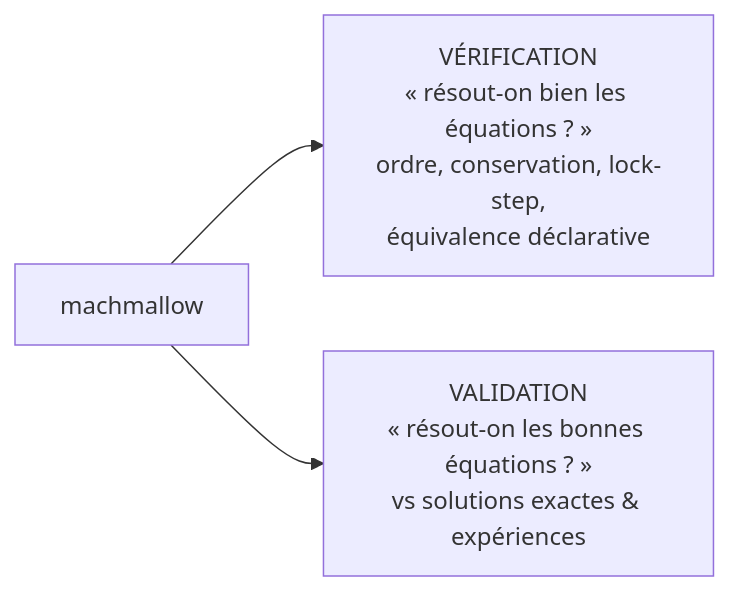
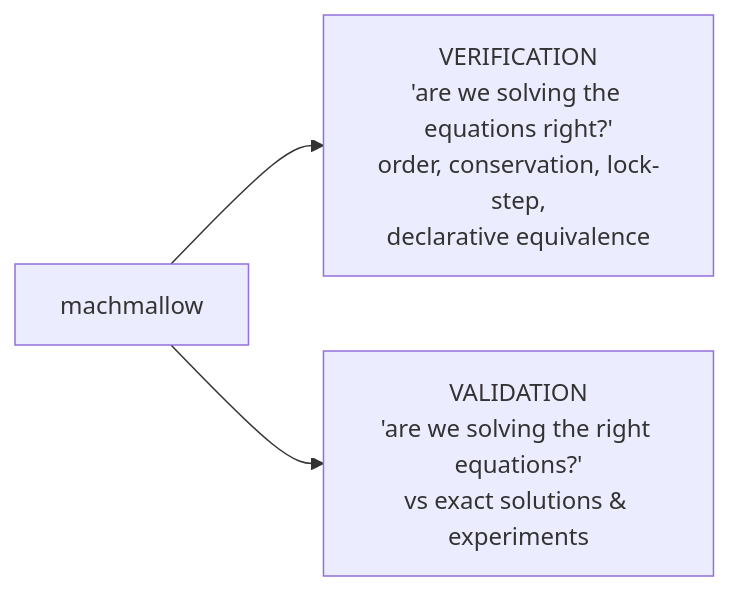
Before and after one commit to fhermet/machmallow: the diagram in docs/VALIDATION.md, drawn with Mermaid. The commit also changed other lines of this file and 1 other file, not shown here.

Commit message:
docs: traduire DEVELOPER et VALIDATION en anglais

````diff
--- a/docs/VALIDATION.md
+++ b/docs/VALIDATION.md
@@ -9,7 +9,7 @@
 ```mermaid
 flowchart LR
-    V1["VÉRIFICATION<br/>« résout-on bien les équations ? »<br/>ordre, conservation, lock-step,<br/>équivalence déclarative"]
-    V2["VALIDATION<br/>« résout-on les bonnes équations ? »<br/>vs solutions exactes & expériences"]
+    V1["VERIFICATION<br/>'are we solving the equations right?'<br/>order, conservation, lock-step,<br/>declarative equivalence"]
+    V2["VALIDATION<br/>'are we solving the right equations?'<br/>vs exact solutions & experiments"]
     Code["machmallow"] --> V1
     Code --> V2
 ```
````
